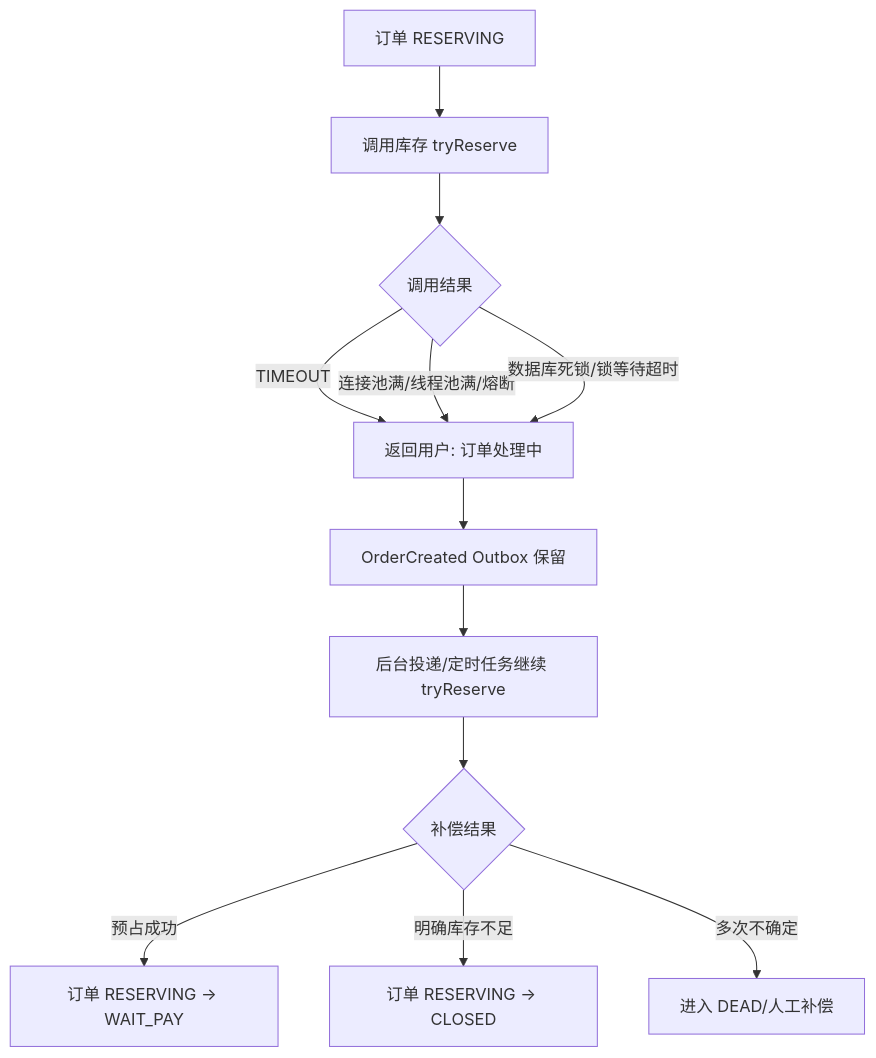
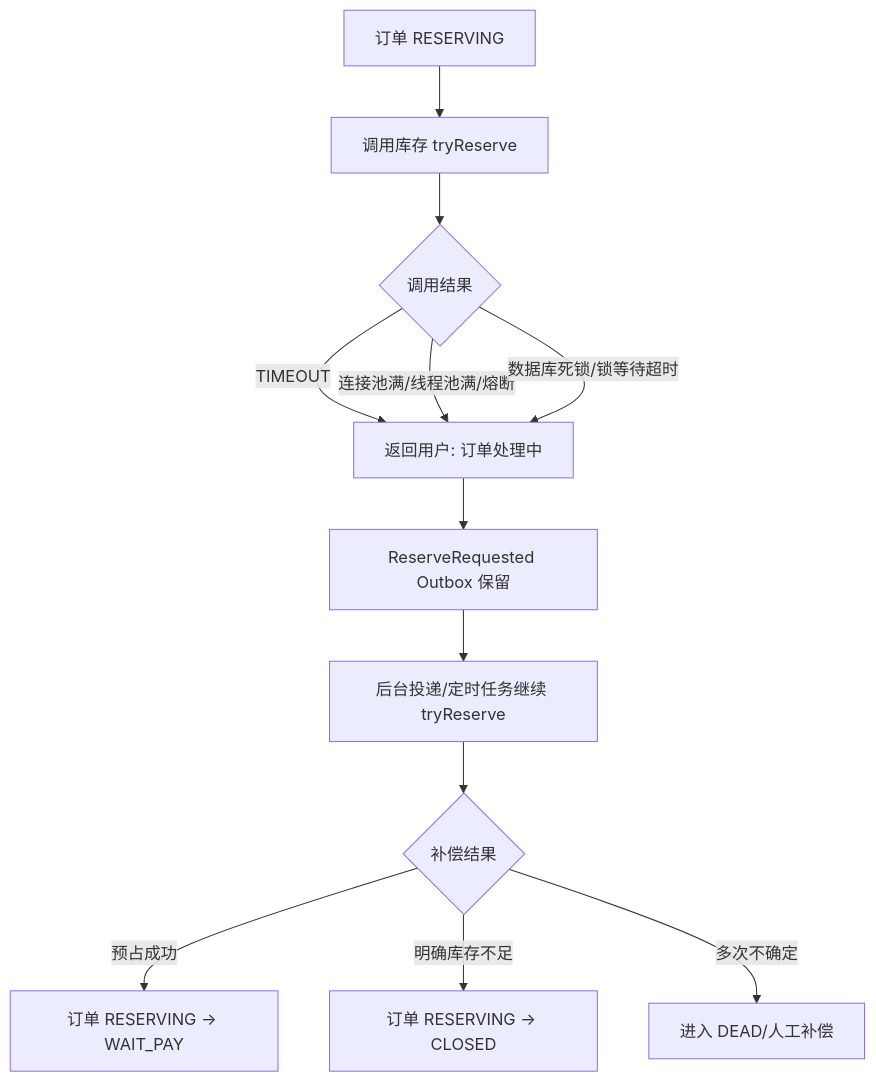
Before and after one commit to yinshihaogithub/framework-boot-starter: diagram 11 of 20 in docs/ORDER_FINAL_CONSISTENCY_DESIGN.md, drawn with Mermaid. The commit also changed other lines of this file, not shown here.

````diff
--- a/docs/ORDER_FINAL_CONSISTENCY_DESIGN.md
+++ b/docs/ORDER_FINAL_CONSISTENCY_DESIGN.md
@@ -652,14 +815,14 @@
 ```mermaid
 flowchart TD
   A["订单 RESERVING"] --> B["调用库存 tryReserve"]
   B --> C{"调用结果"}
   C -->|TIMEOUT| D["返回用户: 订单处理中"]
   C -->|连接池满/线程池满/熔断| D
   C -->|数据库死锁/锁等待超时| D
-  D --> E["OrderCreated Outbox 保留"]
+  D --> E["ReserveRequested Outbox 保留"]
   E --> F["后台投递/定时任务继续 tryReserve"]
   F --> G{"补偿结果"}
   G -->|预占成功| H["订单 RESERVING -> WAIT_PAY"]
   G -->|明确库存不足| I["订单 RESERVING -> CLOSED"]
   G -->|多次不确定| J["进入 DEAD/人工补偿"]
 ```
````
